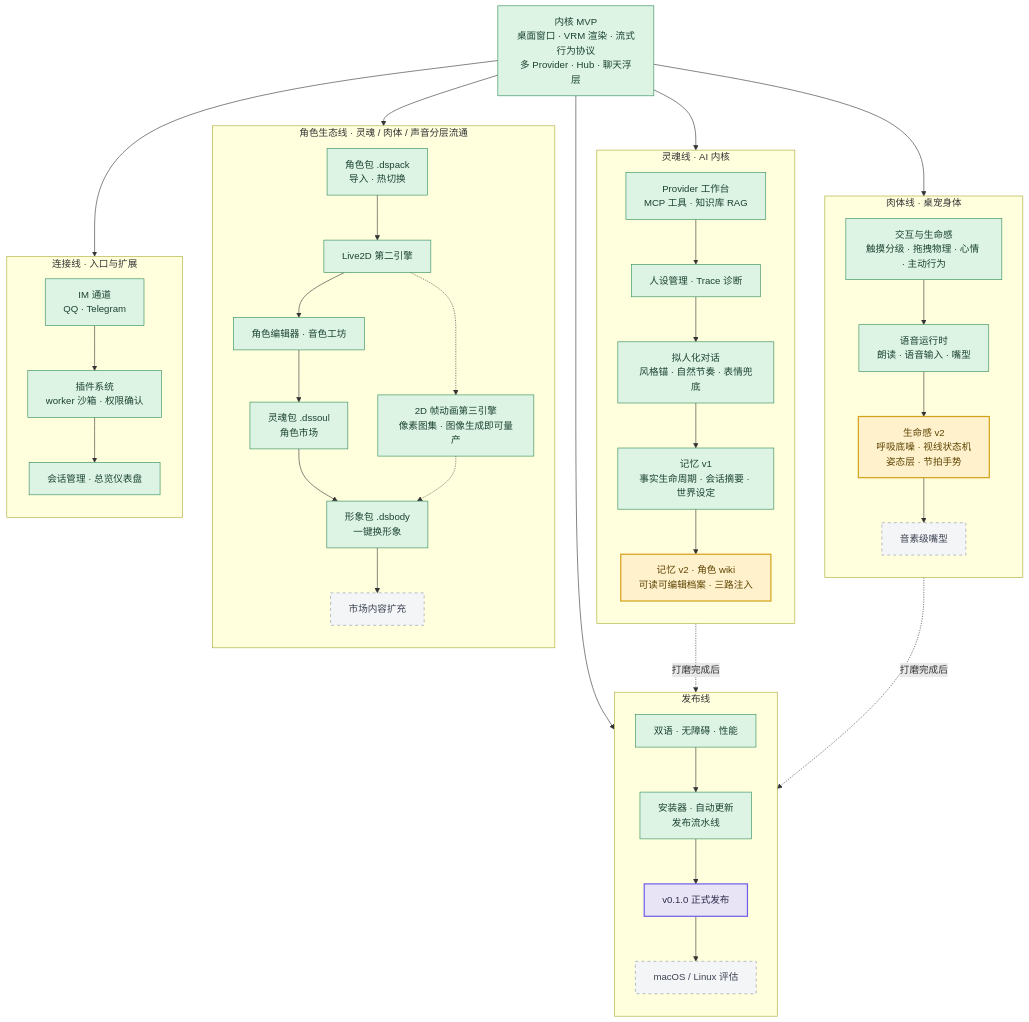
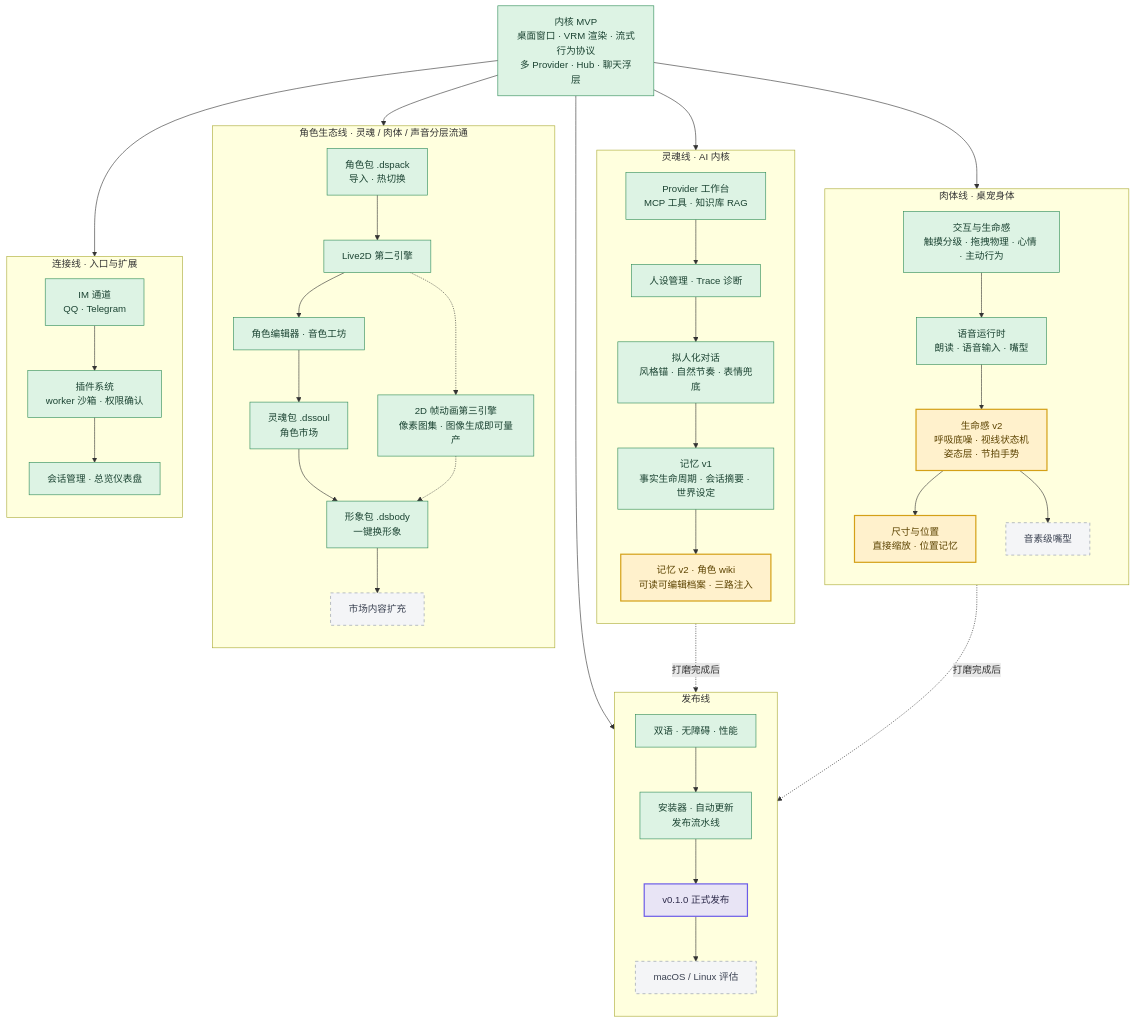
The second of 2 diagrams in README.md (Furina-he/OpenPet), drawn with Mermaid before and after one commit. The commit also changed other lines of this file and 1 other file, not shown here.

Commit message:
docs: ㉓ 角色缩放 v2 + 位置记忆——README 特性行补 Ctrl+滚轮 / 右键缩放、每角色记住大小、按显示器记位置，Roadmap 肉体线加 B4「尺寸与位置」（执行中）；用户手册新增「调整角色大小与位置」（三入口、每角色记忆、像素风清晰档、位置记忆与多显示器 10s 宽限）

````diff
--- a/README.md
+++ b/README.md
@@ -233,68 +233,70 @@
 ```mermaid
 flowchart TB
   classDef done fill:#DDF3E4,stroke:#2E8B57,color:#1B4332
   classDef active fill:#FFF1CC,stroke:#D4A017,color:#5C4300,stroke-width:2px
   classDef plan fill:#F4F5F7,stroke:#8A94A6,color:#3B4252,stroke-dasharray: 5 5
   classDef gate fill:#E8E4F5,stroke:#6C5CE7,color:#2D2A4A,stroke-width:2px
 
   MVP["内核 MVP<br/>桌面窗口 · VRM 渲染 · 流式行为协议<br/>多 Provider · Hub · 聊天浮层"]:::done
 
   subgraph BODY["肉体线 · 桌宠身体"]
     direction TB
     B1["交互与生命感<br/>触摸分级 · 拖拽物理 · 心情 · 主动行为"]:::done
     B2["语音运行时<br/>朗读 · 语音输入 · 嘴型"]:::done
     B3["生命感 v2<br/>呼吸底噪 · 视线状态机<br/>姿态层 · 节拍手势"]:::active
+    B4["尺寸与位置<br/>直接缩放 · 位置记忆"]:::active
     B5["音素级嘴型"]:::plan
     B1 --> B2 --> B3
+    B3 --> B4
     B3 --> B5
   end
 
   subgraph SOUL["灵魂线 · AI 内核"]
     direction TB
     S1["Provider 工作台<br/>MCP 工具 · 知识库 RAG"]:::done
     S2["人设管理 · Trace 诊断"]:::done
     S3["拟人化对话<br/>风格锚 · 自然节奏 · 表情兜底"]:::done
     S4["记忆 v1<br/>事实生命周期 · 会话摘要 · 世界设定"]:::done
     S5["记忆 v2 · 角色 wiki<br/>可读可编辑档案 · 三路注入"]:::active
     S1 --> S2 --> S3 --> S4 --> S5
   end
 
   subgraph ECO["角色生态线 · 灵魂 / 肉体 / 声音分层流通"]
     direction TB
     E1["角色包 .dspack<br/>导入 · 热切换"]:::done
     E2["Live2D 第二引擎"]:::done
     E7["2D 帧动画第三引擎<br/>像素图集 · 图像生成即可量产"]:::done
     E3["角色编辑器 · 音色工坊"]:::done
     E4["灵魂包 .dssoul<br/>角色市场"]:::done
     E5["形象包 .dsbody<br/>一键换形象"]:::done
     E6["市场内容扩充"]:::plan
     E1 --> E2 --> E3 --> E4 --> E5 --> E6
     E2 -.-> E7
     E7 -.-> E5
   end
 
   subgraph LINK["连接线 · 入口与扩展"]
     direction TB
     L1["IM 通道<br/>QQ · Telegram"]:::done
     L2["插件系统<br/>worker 沙箱 · 权限确认"]:::done
     L3["会话管理 · 总览仪表盘"]:::done
     L1 --> L2 --> L3
   end
 
   subgraph SHIP["发布线"]
     direction TB
     R1["双语 · 无障碍 · 性能"]:::done
     R2["安装器 · 自动更新<br/>发布流水线"]:::done
     R3["v0.1.0 正式发布"]:::gate
     R4["macOS / Linux 评估"]:::plan
     R1 --> R2 --> R3 --> R4
   end
 
   MVP --> B1
   MVP --> S1
   MVP --> E1
   MVP --> L1
   MVP --> R1
   B3 -.打磨完成后.-> R3
   S5 -.打磨完成后.-> R3
 ```
````
